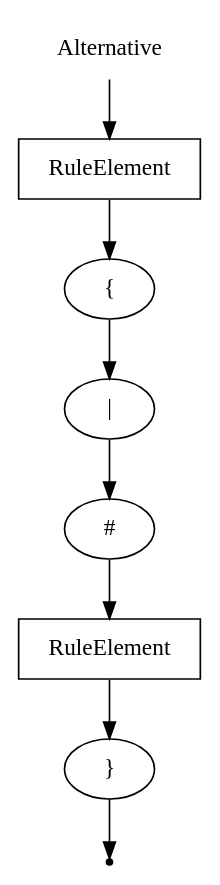
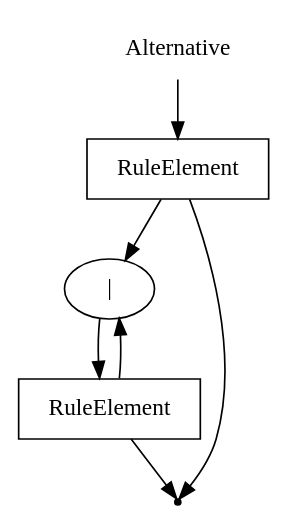
The diagram in DSLTools/examples/rbnf/wirth/Alternative.gv (EgorGoluzin/DSL), drawn with Graphviz before and after one commit. The commit also changed 13 other files, not shown here.

```diff
--- a/DSLTools/examples/rbnf/wirth/Alternative.gv
+++ b/DSLTools/examples/rbnf/wirth/Alternative.gv
@@ -1,17 +1,13 @@
 digraph Alternative {
     start [label="Alternative" shape=plaintext];
     A [label="RuleElement" shape=box];
-    B [label="{" shape=oval];
-    C [label="|" shape=oval];
-    D [label="#" shape=oval];
-    E [label="RuleElement" shape=box];
-    F [label="}" shape=oval];
+    B [label="|" shape=oval];
+    D [label="RuleElement" shape=box];
     end [label="" shape=point];
     start -> A;
+    A -> end;
     A -> B;
-    B -> C;
-    C -> D;
-    D -> E;
-    E -> F;
-    F -> end;
+    B -> D;
+    D -> B;
+    D -> end;
 }
```
